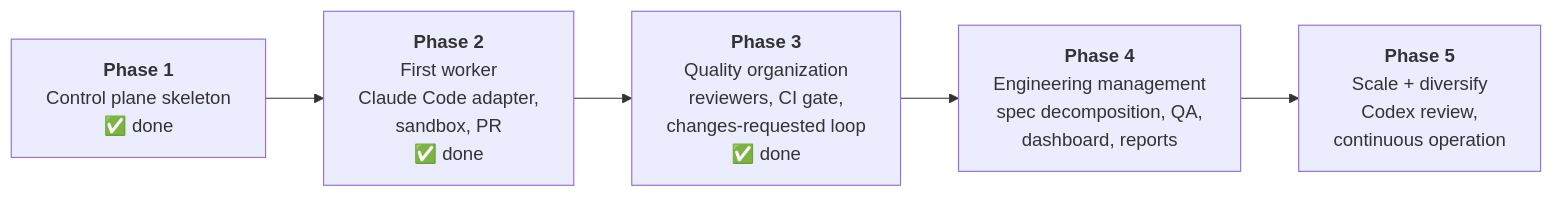
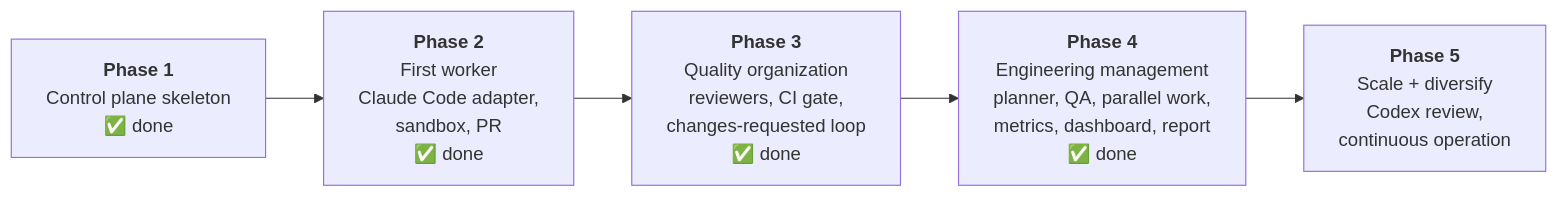
Before and after one commit to bharathcmbox/axiom: the fourth of 5 diagrams in docs/guide/01-big-picture.md, drawn with Mermaid. The commit also changed other lines of this file and 16 other files, not shown here.

First line of the commit message:
Phase 4 T11: exit check, the missing SPEC metrics, docs refreshed

````diff
--- a/docs/guide/01-big-picture.md
+++ b/docs/guide/01-big-picture.md
@@ -78,9 +78,9 @@
 ```mermaid
 flowchart LR
     p1["<b>Phase 1</b><br/>Control plane skeleton<br/>✅ done"]
     p2["<b>Phase 2</b><br/>First worker<br/>Claude Code adapter,<br/>sandbox, PR<br/>✅ done"]
     p3["<b>Phase 3</b><br/>Quality organization<br/>reviewers, CI gate,<br/>changes-requested loop<br/>✅ done"]
-    p4["<b>Phase 4</b><br/>Engineering management<br/>spec decomposition, QA,<br/>dashboard, reports"]
+    p4["<b>Phase 4</b><br/>Engineering management<br/>planner, QA, parallel work,<br/>metrics, dashboard, report<br/>✅ done"]
     p5["<b>Phase 5</b><br/>Scale + diversify<br/>Codex review,<br/>continuous operation"]
     p1 --> p2 --> p3 --> p4 --> p5
 ```
````
